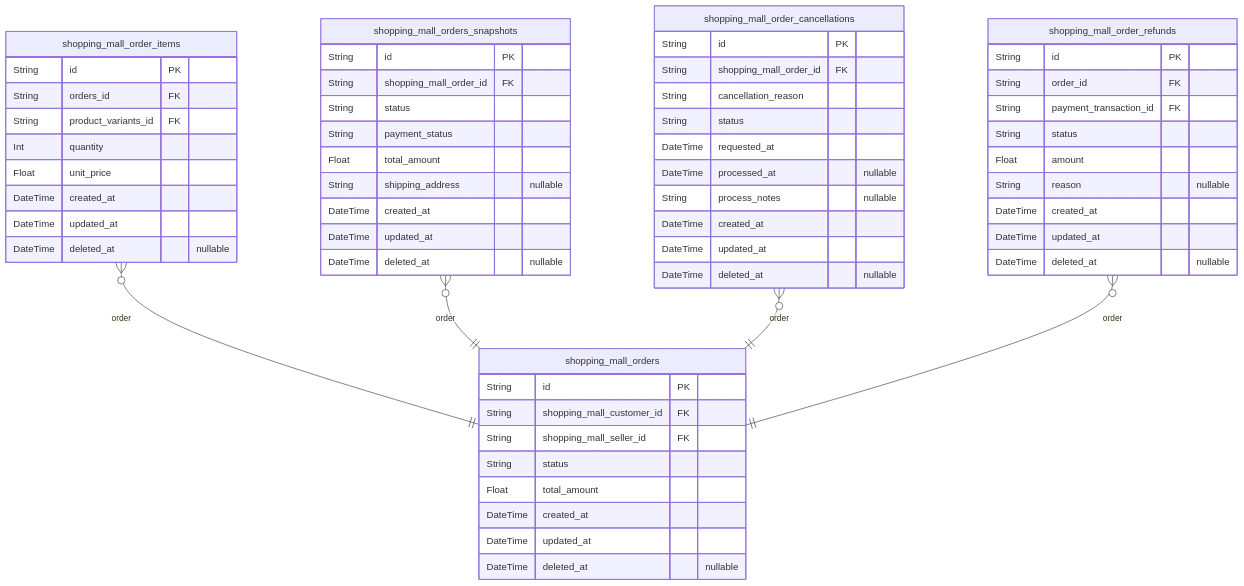
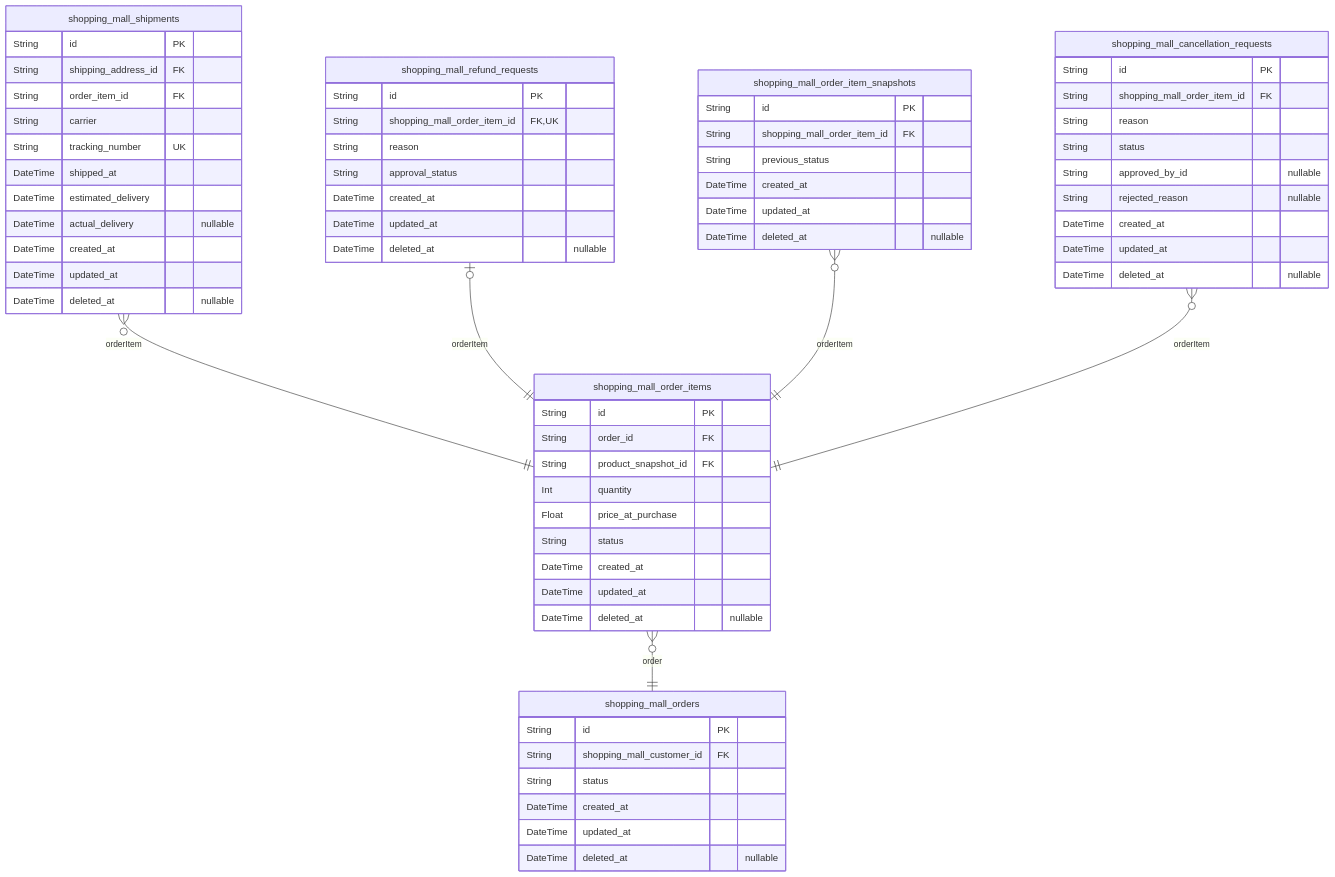
Before and after one commit to wrtnlabs/autobe-examples: the seventh of 9 diagrams in qwen/qwen3-30b-a3b-thinking-2507/shopping/docs/ERD.md, drawn with Mermaid. The commit also changed other lines of this file and 9391 other files, not shown here.

````diff
--- a/qwen/qwen3-30b-a3b-thinking-2507/shopping/docs/ERD.md
+++ b/qwen/qwen3-30b-a3b-thinking-2507/shopping/docs/ERD.md
@@ -875,61 +1479,68 @@
 ```mermaid
 erDiagram
 "shopping_mall_orders" {
   String id PK
   String shopping_mall_customer_id FK
-  String shopping_mall_seller_id FK
   String status
-  Float total_amount
   DateTime created_at
   DateTime updated_at
   DateTime deleted_at "nullable"
 }
 "shopping_mall_order_items" {
   String id PK
-  String orders_id FK
-  String product_variants_id FK
+  String order_id FK
+  String product_snapshot_id FK
   Int quantity
-  Float unit_price
+  Float price_at_purchase
+  String status
   DateTime created_at
   DateTime updated_at
   DateTime deleted_at "nullable"
 }
-"shopping_mall_orders_snapshots" {
+"shopping_mall_shipments" {
   String id PK
-  String shopping_mall_order_id FK
-  String status
-  String payment_status
-  Float total_amount
-  String shipping_address "nullable"
+  String shipping_address_id FK
+  String order_item_id FK
+  String carrier
+  String tracking_number UK
+  DateTime shipped_at
+  DateTime estimated_delivery
+  DateTime actual_delivery "nullable"
   DateTime created_at
   DateTime updated_at
   DateTime deleted_at "nullable"
 }
-"shopping_mall_order_cancellations" {
+"shopping_mall_refund_requests" {
   String id PK
-  String shopping_mall_order_id FK
-  String cancellation_reason
-  String status
-  DateTime requested_at
-  DateTime processed_at "nullable"
-  String process_notes "nullable"
+  String shopping_mall_order_item_id FK,UK
+  String reason
+  String approval_status
   DateTime created_at
   DateTime updated_at
   DateTime deleted_at "nullable"
 }
-"shopping_mall_order_refunds" {
+"shopping_mall_order_item_snapshots" {
   String id PK
-  String order_id FK
-  String payment_transaction_id FK
+  String shopping_mall_order_item_id FK
+  String previous_status
+  DateTime created_at
+  DateTime updated_at
+  DateTime deleted_at "nullable"
+}
+"shopping_mall_cancellation_requests" {
+  String id PK
+  String shopping_mall_order_item_id FK
+  String reason
   String status
-  Float amount
-  String reason "nullable"
+  String approved_by_id "nullable"
+  String rejected_reason "nullable"
   DateTime created_at
   DateTime updated_at
   DateTime deleted_at "nullable"
 }
 "shopping_mall_order_items" }o--|| "shopping_mall_orders" : order
-"shopping_mall_orders_snapshots" }o--|| "shopping_mall_orders" : order
-"shopping_mall_order_cancellations" }o--|| "shopping_mall_orders" : order
-"shopping_mall_order_refunds" }o--|| "shopping_mall_orders" : order
+"shopping_mall_shipments" }o--|| "shopping_mall_order_items" : orderItem
+"shopping_mall_refund_requests" |o--|| "shopping_mall_order_items" : orderItem
+"shopping_mall_order_item_snapshots" }o--|| "shopping_mall_order_items" : orderItem
+"shopping_mall_cancellation_requests" }o--|| "shopping_mall_order_items" : orderItem
 ```
````
